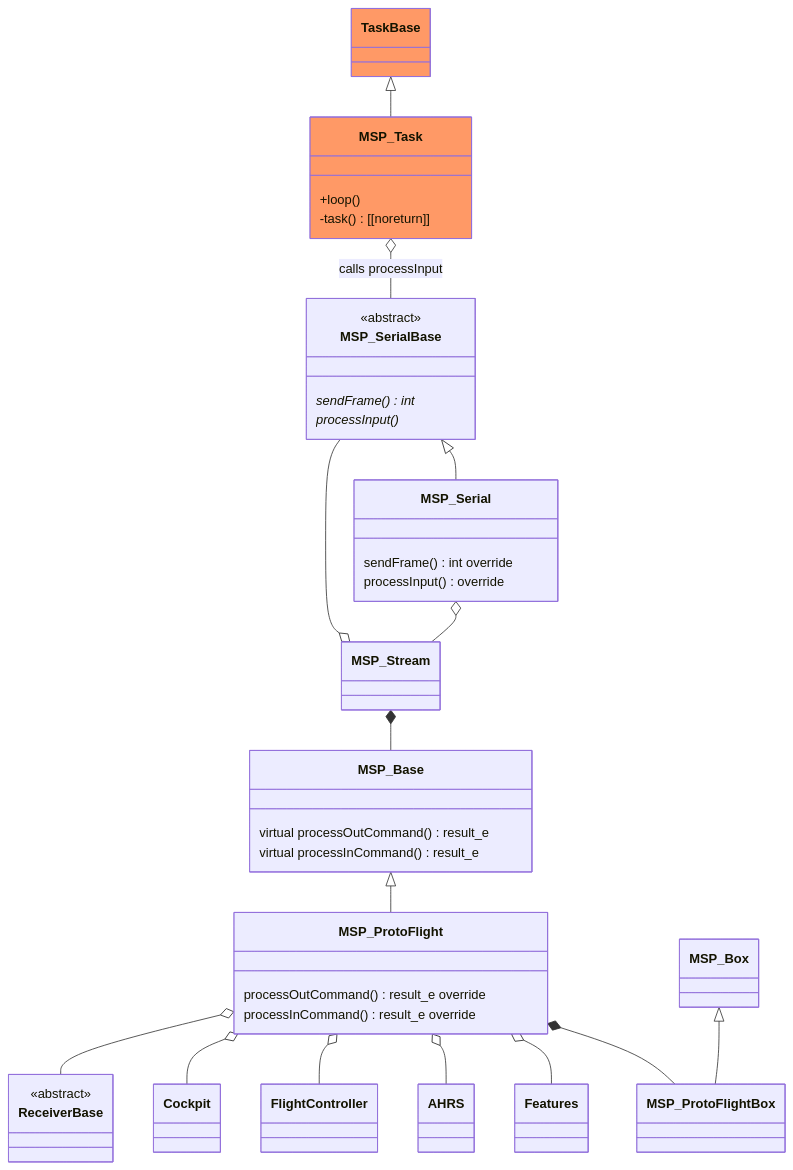
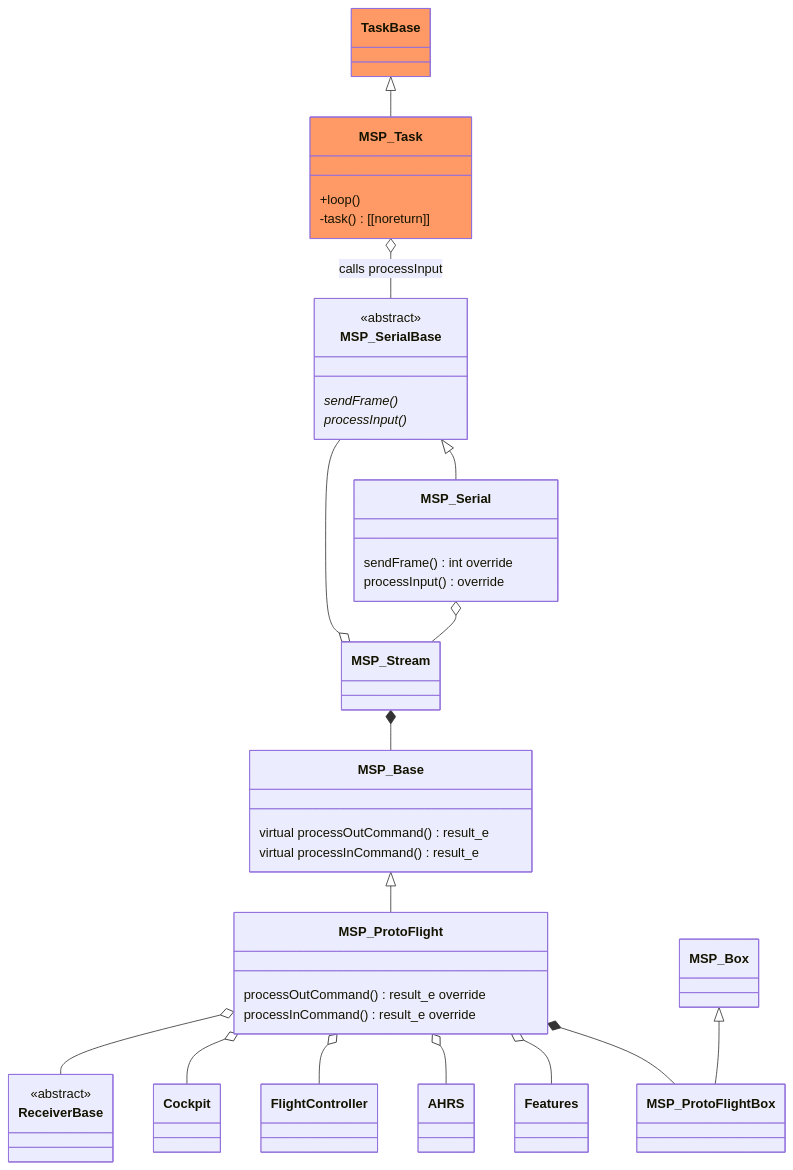
The fourth of 5 diagrams in README.md (martinbudden/Protoflight), drawn with Mermaid before and after one commit. The commit also changed other lines of this file, not shown here.

````diff
--- a/README.md
+++ b/README.md
@@ -769,65 +767,65 @@
 ```mermaid
 classDiagram
     class MSP_SerialBase {
         <<abstract>>
-        sendFrame() int *
+        sendFrame() *
         processInput() *
     }
     link MSP_SerialBase "https://github.com/martinbudden/Library-MultiWiiSerialProtocol/blob/main/src/MSP_SerialBase.h"
     class MSP_Base {
         virtual processOutCommand() result_e
         virtual processInCommand() result_e
     }
     link MSP_Base "https://github.com/martinbudden/Library-MultiWiiSerialProtocol/blob/main/src/MSP_Base.h"
     class MSP_Stream {
     }
     link MSP_Stream "https://github.com/martinbudden/Library-MultiWiiSerialProtocol/blob/main/src/MSP_Stream.h"
     MSP_Stream *-- MSP_Base
     MSP_Stream o-- MSP_SerialBase
 
     MSP_SerialBase <|-- MSP_Serial
     class MSP_Serial {
         sendFrame() int override
         processInput() override
     }
     link MSP_Serial "https://github.com/martinbudden/protoflight/blob/main/lib/MSP/src/MSP_Serial.h"
     MSP_Serial o-- MSP_Stream
 
     MSP_Base <|-- MSP_ProtoFlight
     class MSP_ProtoFlight {
         processOutCommand() result_e override
         processInCommand() result_e override
     }
     link MSP_ProtoFlight "https://github.com/martinbudden/protoflight/blob/main/lib/MSP/src/MSP_ProtoFlight.h"
     class MSP_ProtoFlightBox {
     }
     link MSP_ProtoFlightBox "https://github.com/martinbudden/protoflight/blob/main/lib/MSP/src/MSP_ProtoFlightBox.h"
     MSP_ProtoFlight *-- MSP_ProtoFlightBox
     MSP_ProtoFlight o-- Features
     MSP_ProtoFlight o-- AHRS
     MSP_ProtoFlight o-- FlightController
     MSP_ProtoFlight o-- Cockpit
     class ReceiverBase {
         <<abstract>>
     }
     link ReceiverBase "https://github.com/martinbudden/Library-Receiver/blob/main/src/ReceiverBase.h"
     MSP_ProtoFlight o-- ReceiverBase
 
     class MSP_Box {
     }
     link MSP_Box "https://github.com/martinbudden/Library-MultiWiiSerialProtocol/blob/main/src/MSP_Box.h"
     MSP_Box <|-- MSP_ProtoFlightBox
 
     class TaskBase:::taskClass {
     }
     link TaskBase "https://github.com/martinbudden/Library-TaskBase/blob/main/src/TaskBase.h"
     TaskBase <|-- MSP_Task
     class MSP_Task:::taskClass {
         +loop()
         -task() [[noreturn]]
     }
     link MSP_Task "https://github.com/martinbudden/Library-MultiWiiSerialProtocol/blob/main/src/MSP_Task.h"
     MSP_Task o-- MSP_SerialBase : calls processInput
 
     classDef taskClass fill:#f96
 ```
````
